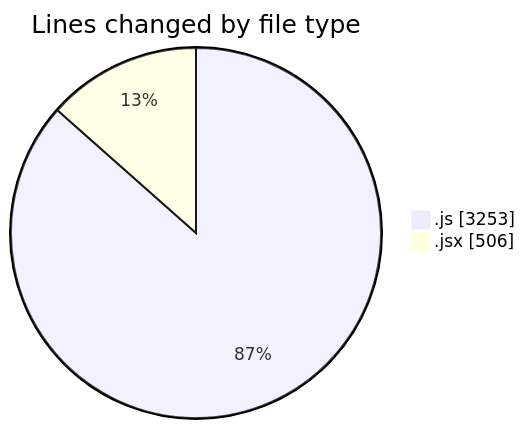
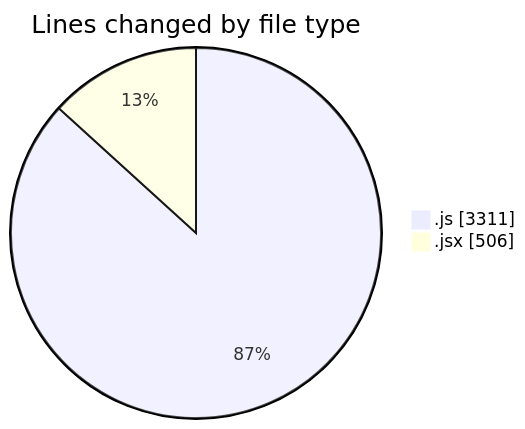
Before and after one commit to nxtqubesakshisongat/code-tracking: the first of 2 diagrams in 2025-07-27/nxtqube_webapp/README.md, drawn with Mermaid. The commit also changed other lines of this file and 1 other file, not shown here.

````diff
--- a/2025-07-27/nxtqube_webapp/README.md
+++ b/2025-07-27/nxtqube_webapp/README.md
@@ -28,6 +28,6 @@
 ```mermaid
 pie showData
 title Lines changed by file type
-".js" : 3253
+".js" : 3311
 ".jsx" : 506
 ```
````
